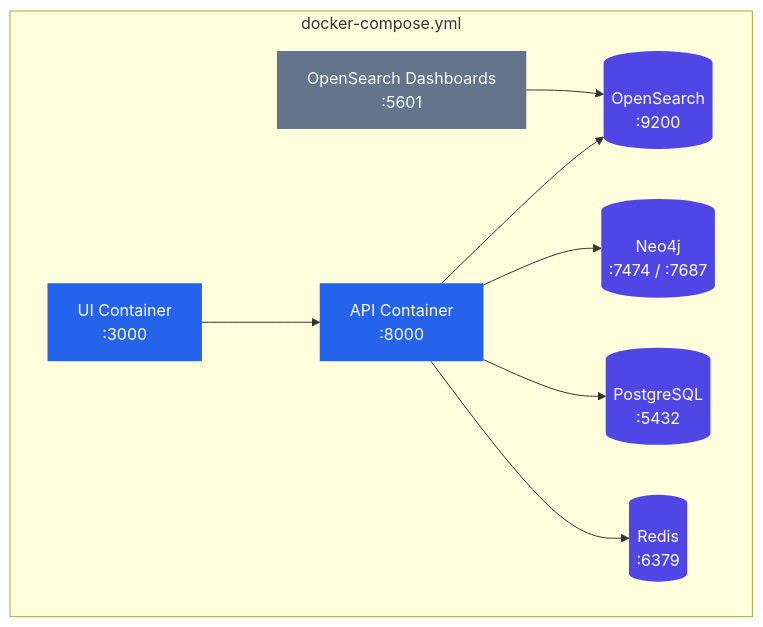
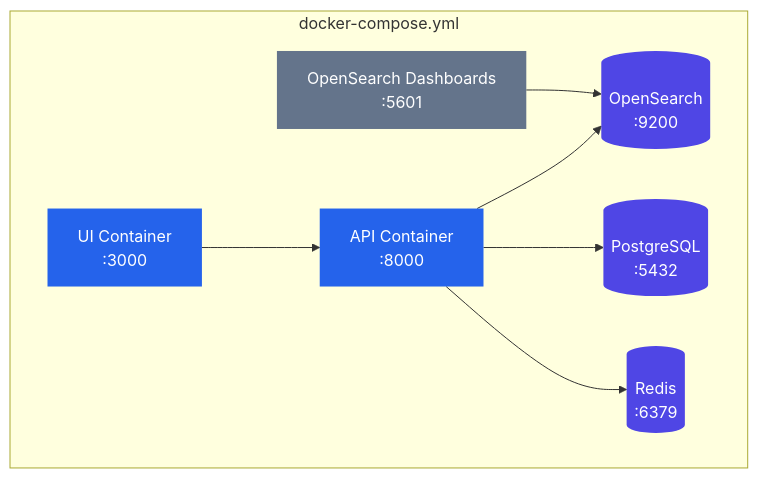
Before and after one commit to gurungabit/prism: the diagram in docs/deployment.md, drawn with Mermaid. The commit also changed other lines of this file and 261 other files, not shown here.

````diff
--- a/docs/deployment.md
+++ b/docs/deployment.md
@@ -7,27 +7,25 @@
 ```mermaid
 graph TB
     subgraph COMPOSE["docker-compose.yml"]
         OS[(OpenSearch<br/>:9200)]
         OSD["OpenSearch Dashboards<br/>:5601"]
-        N4J[(Neo4j<br/>:7474 / :7687)]
         PG[(PostgreSQL<br/>:5432)]
         RD[(Redis<br/>:6379)]
         API["API Container<br/>:8000"]
         WEB["UI Container<br/>:3000"]
     end
 
     OSD --> OS
     API --> OS
-    API --> N4J
     API --> PG
     API --> RD
     WEB --> API
 
     classDef app fill:#2563eb,color:#fff,stroke:none;
     classDef infra fill:#4f46e5,color:#fff,stroke:none;
     classDef aux fill:#64748b,color:#fff,stroke:none;
 
     class API,WEB app;
-    class OS,N4J,PG,RD infra;
+    class OS,PG,RD infra;
     class OSD aux;
 ```
````
